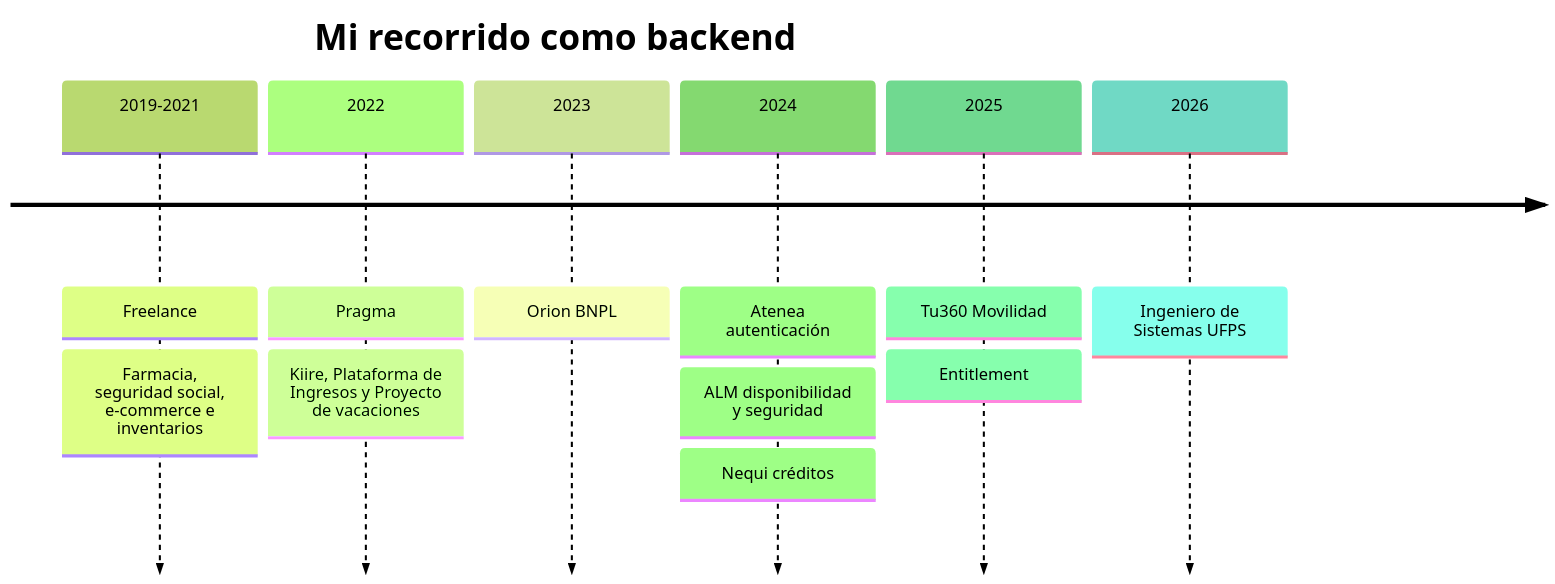
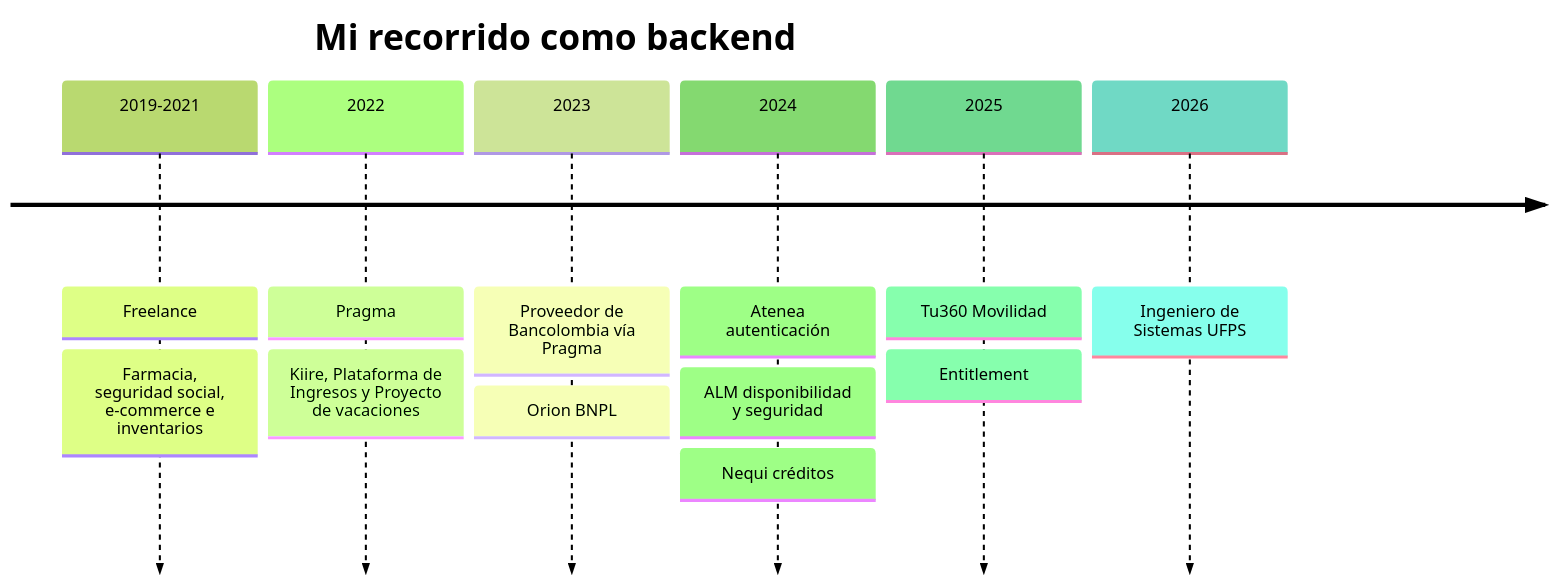
Before and after one commit to AndreyRivera13/AndreyRivera13: the first of 2 diagrams in README.md, drawn with Mermaid (forest theme). The commit also changed other lines of this file, not shown here.

Commit message:
Experiencia en Bancolombia y mejoras visuales

````diff
--- a/README.md
+++ b/README.md
@@ -111,10 +111,10 @@
 ```mermaid
 timeline
     title Mi recorrido como backend
     2019-2021 : Freelance : Farmacia, seguridad social, e-commerce e inventarios
     2022 : Pragma : Kiire, Plataforma de Ingresos y Proyecto de vacaciones
-    2023 : Orion BNPL
+    2023 : Proveedor de Bancolombia vía Pragma : Orion BNPL
     2024 : Atenea autenticación : ALM disponibilidad y seguridad : Nequi créditos
     2025 : Tu360 Movilidad : Entitlement
     2026 : Ingeniero de Sistemas UFPS
 ```
````
